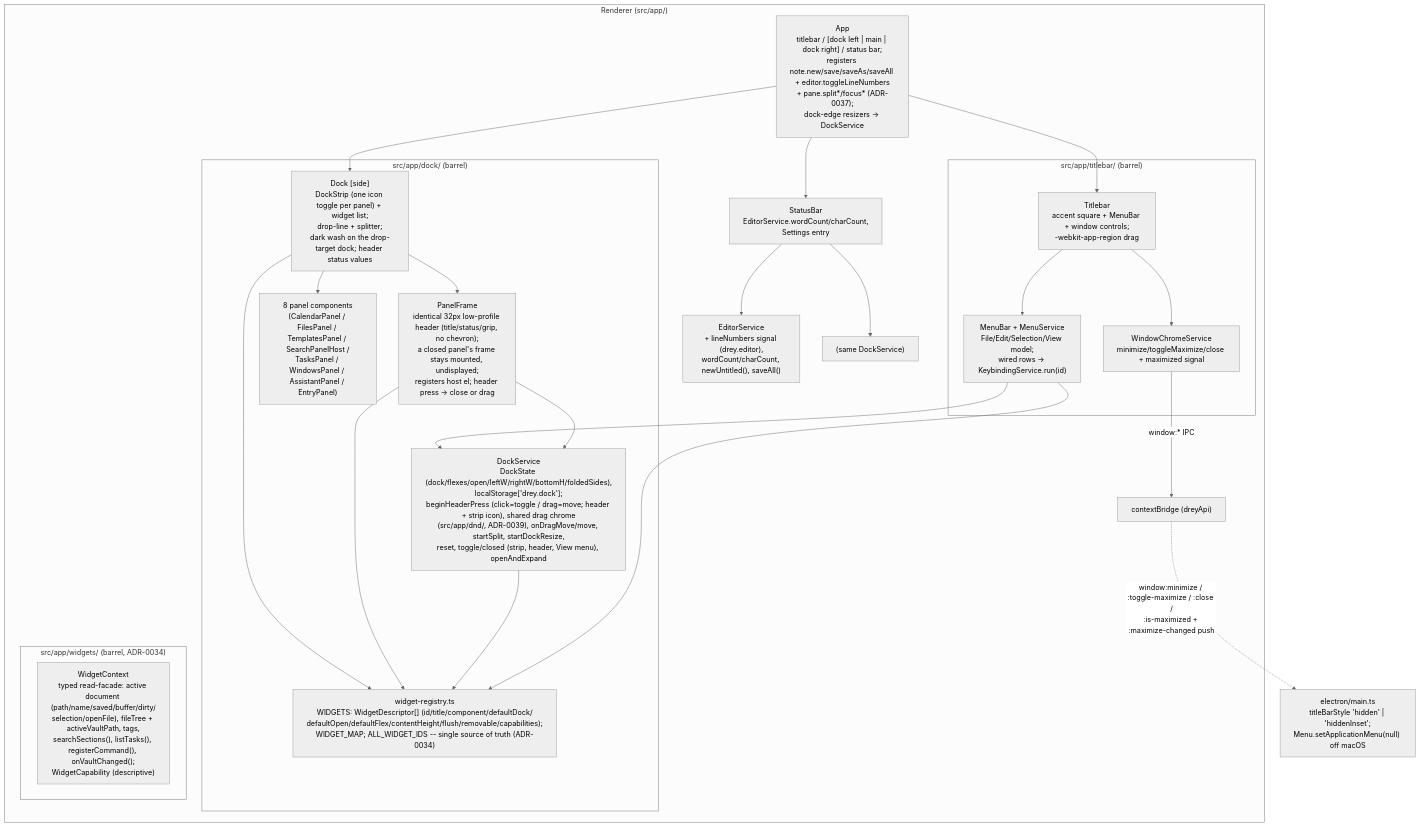
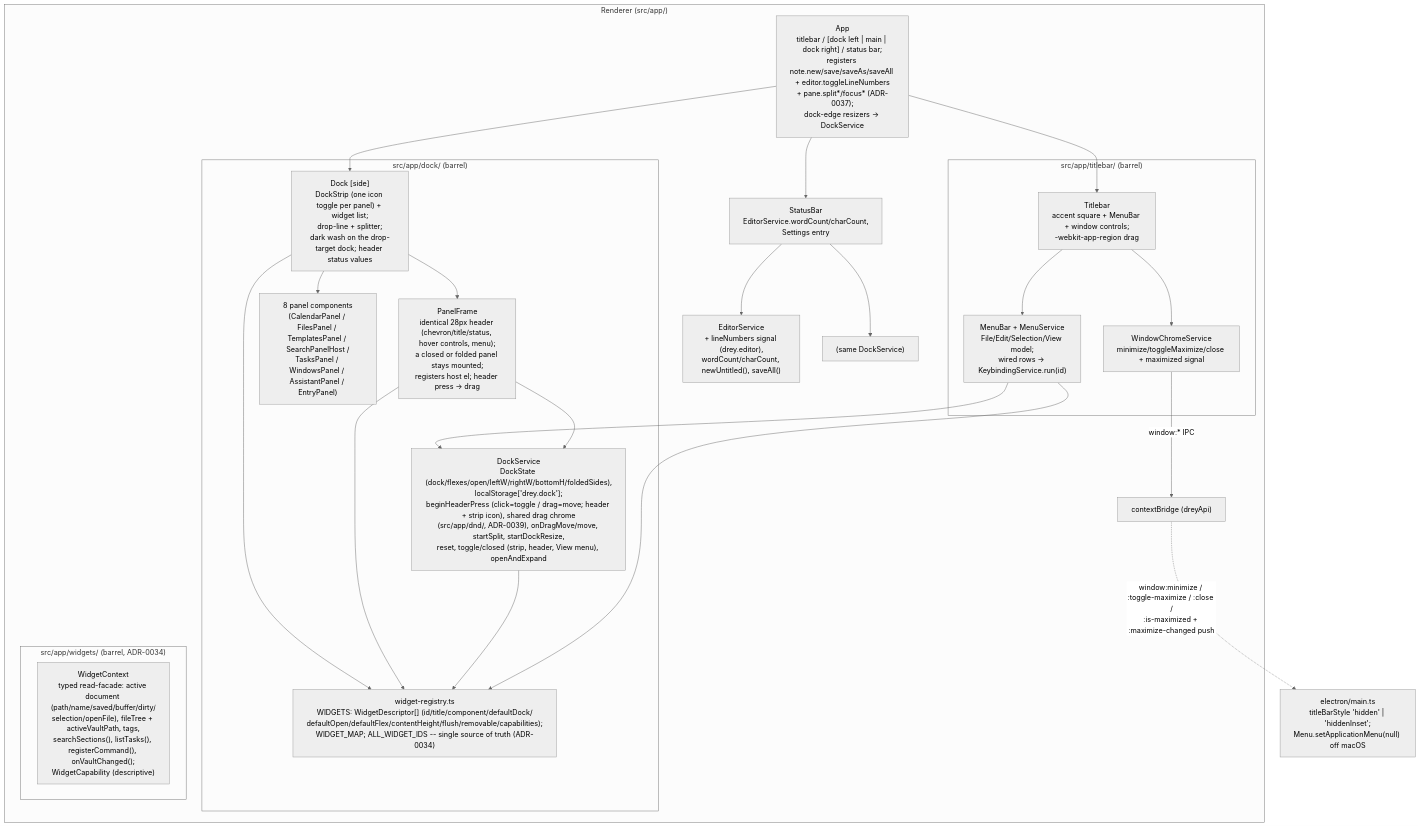
The fifth of 5 diagrams in docs/05_building_block_view.md (HenrikPuls/Drey), drawn with Mermaid (neutral theme) before and after one commit. The commit also changed other lines of this file and 69 other files, not shown here.

````diff
--- a/docs/05_building_block_view.md
+++ b/docs/05_building_block_view.md
@@ -2675,42 +2677,42 @@
 ```mermaid
 graph TB
     subgraph Renderer["Renderer (src/app/)"]
         App["App<br/>titlebar / [dock left | main | dock right] / status bar;<br/>registers note.new/save/saveAs/saveAll + editor.toggleLineNumbers<br/>+ pane.split*/focus* (ADR-0037);<br/>dock-edge resizers -> DockService"]
         subgraph tb["src/app/titlebar/ (barrel)"]
             Titlebar["Titlebar<br/>accent square + MenuBar + window controls;<br/>-webkit-app-region drag"]
             MenuBar["MenuBar + MenuService<br/>File/Edit/Selection/View model;<br/>wired rows -> KeybindingService.run(id)"]
             WindowChrome["WindowChromeService<br/>minimize/toggleMaximize/close + maximized signal"]
         end
         subgraph dk["src/app/dock/ (barrel)"]
             DockService["DockService<br/>DockState (dock/flexes/open/leftW/rightW/bottomH/foldedSides),<br/>localStorage['drey.dock'];<br/>beginHeaderPress (click=toggle / drag=move; header + strip icon), shared drag chrome<br/>(src/app/dnd/, ADR-0039), onDragMove/move, startSplit, startDockResize,<br/>reset, toggle/closed (strip, header, View menu), openAndExpand"]
             Dock["Dock [side]<br/>DockStrip (one icon toggle per panel) + widget list;<br/>drop-line + splitter;<br/>dark wash on the drop-target dock; header status values"]
-            PanelFrame["PanelFrame<br/>identical 32px low-profile header (title/status/grip, no chevron);<br/>a closed panel's frame stays mounted, undisplayed;<br/>registers host el; header press -> close or drag"]
+            PanelFrame["PanelFrame<br/>identical 28px header (chevron/title/status, hover controls, menu);<br/>a closed or folded panel stays mounted;<br/>registers host el; header press -> drag"]
             WidgetRegistry["widget-registry.ts<br/>WIDGETS: WidgetDescriptor[] (id/title/component/defaultDock/<br/>defaultOpen/defaultFlex/contentHeight/flush/removable/capabilities);<br/>WIDGET_MAP; ALL_WIDGET_IDS -- single source of truth (ADR-0034)"]
             Panels["8 panel components<br/>(CalendarPanel / FilesPanel / TemplatesPanel / SearchPanelHost /<br/>TasksPanel / WindowsPanel / AssistantPanel / EntryPanel)"]
         end
         subgraph wg["src/app/widgets/ (barrel, ADR-0034)"]
             WidgetContext["WidgetContext<br/>typed read-facade: active document (path/name/saved/buffer/dirty/<br/>selection/openFile), fileTree + activeVaultPath, tags,<br/>searchSections(), listTasks(), registerCommand(), onVaultChanged();<br/>WidgetCapability (descriptive)"]
         end
         StatusBar["StatusBar<br/>EditorService.wordCount/charCount,<br/>Settings entry"]
         EditorService2["EditorService<br/>+ lineNumbers signal (drey.editor),<br/>wordCount/charCount, newUntitled(), saveAll()"]
         DockService2["(same DockService)"]
         App --> Titlebar
         App --> Dock
         App --> StatusBar
         Titlebar --> MenuBar
         Titlebar --> WindowChrome
         MenuBar --> DockService
         Dock --> PanelFrame
         Dock --> Panels
         Dock --> WidgetRegistry
         PanelFrame --> WidgetRegistry
         DockService --> WidgetRegistry
         MenuBar --> WidgetRegistry
         PanelFrame --> DockService
         StatusBar --> DockService2
         StatusBar --> EditorService2
         WindowChrome -->|"window:* IPC"| Bridge3
     end
     Bridge3["contextBridge (dreyApi)"]
     Bridge3 -.->|"window:minimize / :toggle-maximize / :close /<br/>:is-maximized + :maximize-changed push"| MainProc["electron/main.ts<br/>titleBarStyle 'hidden' | 'hiddenInset';<br/>Menu.setApplicationMenu(null) off macOS"]
 ```
````
